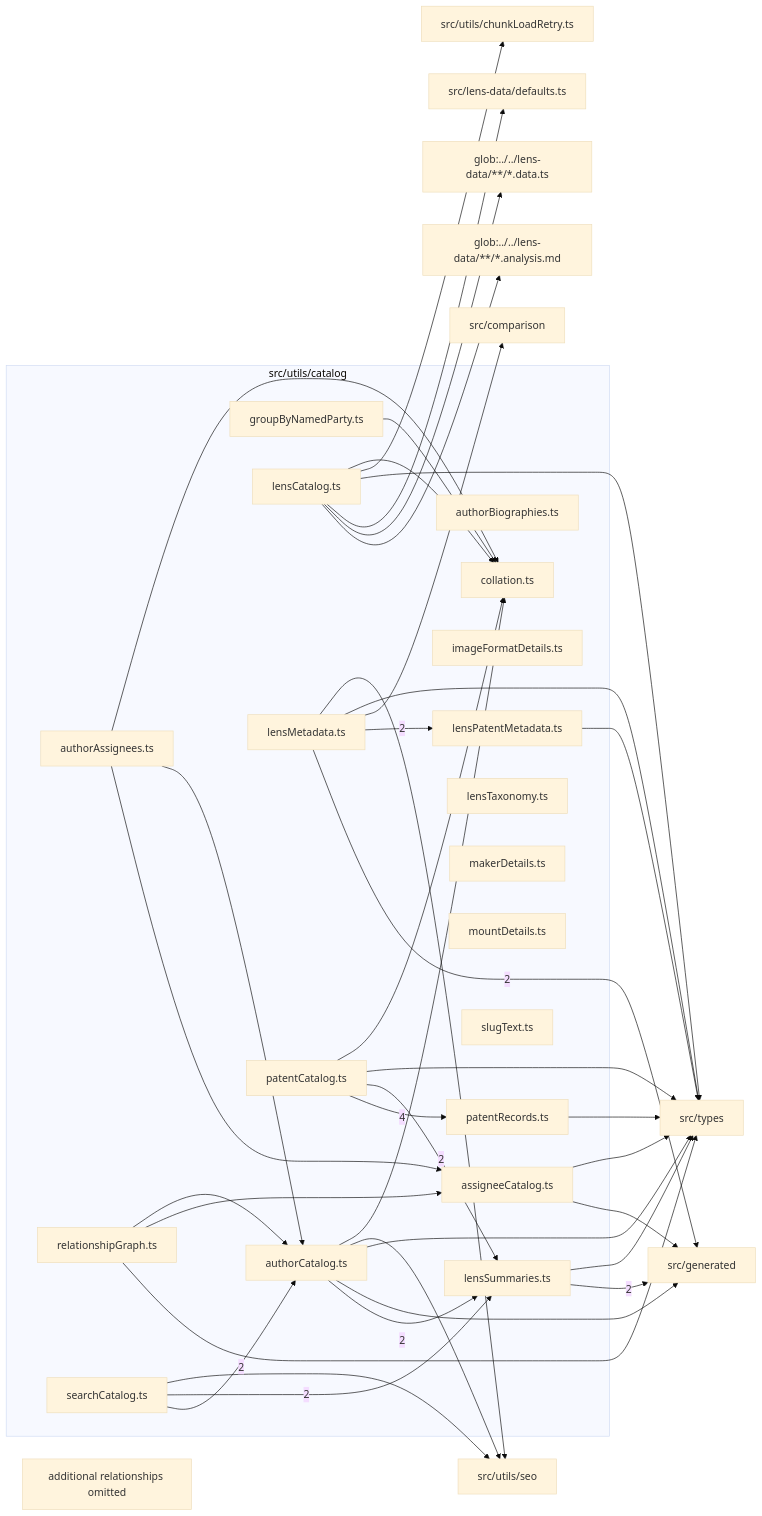
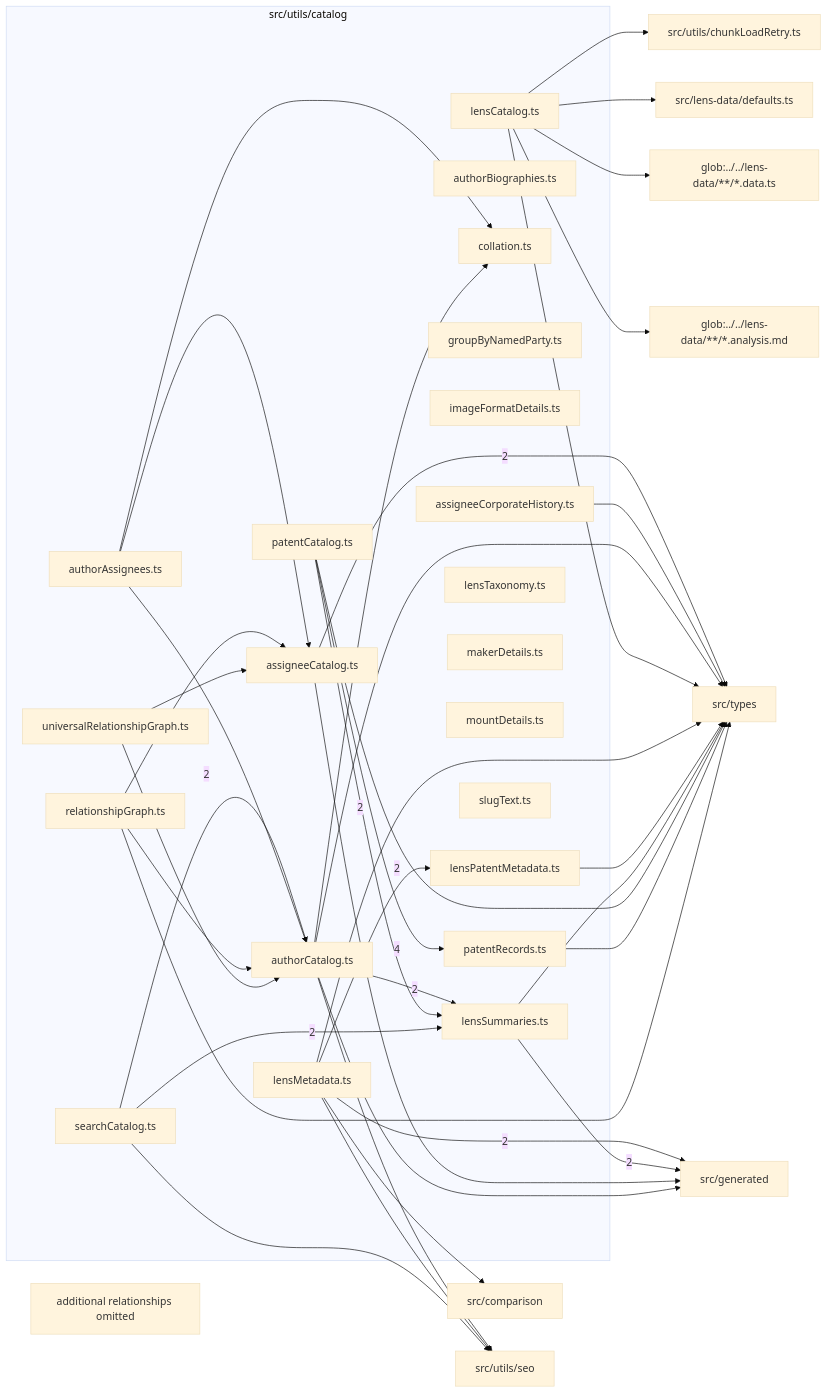
One commit to ronbuening/LensVisualizer changed the diagram in src/utils/catalog/readme.md. Above: the diagram before and after it, drawn with Mermaid (base theme). The commit also changed other lines of this file and 45 other files, not shown here.

First line of the commit message:
Add universal patent relationship map with corporate lineage (#653)

````diff
--- a/src/utils/catalog/readme.md
+++ b/src/utils/catalog/readme.md
@@ -9,69 +9,71 @@
 ```mermaid
 flowchart LR
   subgraph n_src_utils_catalog["src/utils/catalog"]
     n_src_utils_catalog_src_utils_catalog_assigneeCatalog_ts["assigneeCatalog.ts"]
+    n_src_utils_catalog_src_utils_catalog_assigneeCorporateHistory_ts["assigneeCorporateHistory.ts"]
     n_src_utils_catalog_src_utils_catalog_authorAssignees_ts["authorAssignees.ts"]
     n_src_utils_catalog_src_utils_catalog_authorBiographies_ts["authorBiographies.ts"]
     n_src_utils_catalog_src_utils_catalog_authorCatalog_ts["authorCatalog.ts"]
     n_src_utils_catalog_src_utils_catalog_collation_ts["collation.ts"]
     n_src_utils_catalog_src_utils_catalog_groupByNamedParty_ts["groupByNamedParty.ts"]
     n_src_utils_catalog_src_utils_catalog_imageFormatDetails_ts["imageFormatDetails.ts"]
     n_src_utils_catalog_src_utils_catalog_lensCatalog_ts["lensCatalog.ts"]
     n_src_utils_catalog_src_utils_catalog_lensMetadata_ts["lensMetadata.ts"]
     n_src_utils_catalog_src_utils_catalog_lensPatentMetadata_ts["lensPatentMetadata.ts"]
     n_src_utils_catalog_src_utils_catalog_lensSummaries_ts["lensSummaries.ts"]
     n_src_utils_catalog_src_utils_catalog_lensTaxonomy_ts["lensTaxonomy.ts"]
     n_src_utils_catalog_src_utils_catalog_makerDetails_ts["makerDetails.ts"]
     n_src_utils_catalog_src_utils_catalog_mountDetails_ts["mountDetails.ts"]
     n_src_utils_catalog_src_utils_catalog_patentCatalog_ts["patentCatalog.ts"]
     n_src_utils_catalog_src_utils_catalog_patentRecords_ts["patentRecords.ts"]
     n_src_utils_catalog_src_utils_catalog_relationshipGraph_ts["relationshipGraph.ts"]
     n_src_utils_catalog_src_utils_catalog_searchCatalog_ts["searchCatalog.ts"]
     n_src_utils_catalog_src_utils_catalog_slugText_ts["slugText.ts"]
+    n_src_utils_catalog_src_utils_catalog_universalRelationshipGraph_ts["universalRelationshipGraph.ts"]
   end
   n_external_src_generated["src/generated"]
+  n_external_src_types["src/types"]
   n_external_glob_______lens_data______analysis_md["glob:../../lens-data/**/*.analysis.md"]
   n_external_glob_______lens_data______data_ts["glob:../../lens-data/**/*.data.ts"]
   n_external_src_comparison["src/comparison"]
   n_external_src_lens_data_defaults_ts["src/lens-data/defaults.ts"]
-  n_external_src_types["src/types"]
   n_external_src_utils_chunkLoadRetry_ts["src/utils/chunkLoadRetry.ts"]
   n_external_src_utils_seo["src/utils/seo"]
   n_src_utils_catalog_src_utils_catalog_patentCatalog_ts --> |4| n_src_utils_catalog_src_utils_catalog_patentRecords_ts
   n_src_utils_catalog_src_utils_catalog_lensMetadata_ts --> |2| n_external_src_generated
   n_src_utils_catalog_src_utils_catalog_lensSummaries_ts --> |2| n_external_src_generated
+  n_src_utils_catalog_src_utils_catalog_assigneeCatalog_ts --> |2| n_external_src_types
   n_src_utils_catalog_src_utils_catalog_searchCatalog_ts --> |2| n_src_utils_catalog_src_utils_catalog_authorCatalog_ts
   n_src_utils_catalog_src_utils_catalog_lensMetadata_ts --> |2| n_src_utils_catalog_src_utils_catalog_lensPatentMetadata_ts
   n_src_utils_catalog_src_utils_catalog_authorCatalog_ts --> |2| n_src_utils_catalog_src_utils_catalog_lensSummaries_ts
   n_src_utils_catalog_src_utils_catalog_patentCatalog_ts --> |2| n_src_utils_catalog_src_utils_catalog_lensSummaries_ts
   n_src_utils_catalog_src_utils_catalog_searchCatalog_ts --> |2| n_src_utils_catalog_src_utils_catalog_lensSummaries_ts
   n_src_utils_catalog_src_utils_catalog_lensCatalog_ts --> n_external_glob_______lens_data______analysis_md
   n_src_utils_catalog_src_utils_catalog_lensCatalog_ts --> n_external_glob_______lens_data______data_ts
   n_src_utils_catalog_src_utils_catalog_lensMetadata_ts --> n_external_src_comparison
   n_src_utils_catalog_src_utils_catalog_assigneeCatalog_ts --> n_external_src_generated
   n_src_utils_catalog_src_utils_catalog_authorCatalog_ts --> n_external_src_generated
   n_src_utils_catalog_src_utils_catalog_lensCatalog_ts --> n_external_src_lens_data_defaults_ts
-  n_src_utils_catalog_src_utils_catalog_assigneeCatalog_ts --> n_external_src_types
+  n_src_utils_catalog_src_utils_catalog_assigneeCorporateHistory_ts --> n_external_src_types
   n_src_utils_catalog_src_utils_catalog_authorCatalog_ts --> n_external_src_types
   n_src_utils_catalog_src_utils_catalog_lensCatalog_ts --> n_external_src_types
   n_src_utils_catalog_src_utils_catalog_lensMetadata_ts --> n_external_src_types
   n_src_utils_catalog_src_utils_catalog_lensPatentMetadata_ts --> n_external_src_types
   n_src_utils_catalog_src_utils_catalog_lensSummaries_ts --> n_external_src_types
   n_src_utils_catalog_src_utils_catalog_patentCatalog_ts --> n_external_src_types
   n_src_utils_catalog_src_utils_catalog_patentRecords_ts --> n_external_src_types
   n_src_utils_catalog_src_utils_catalog_relationshipGraph_ts --> n_external_src_types
   n_src_utils_catalog_src_utils_catalog_lensCatalog_ts --> n_external_src_utils_chunkLoadRetry_ts
   n_src_utils_catalog_src_utils_catalog_authorCatalog_ts --> n_external_src_utils_seo
   n_src_utils_catalog_src_utils_catalog_lensMetadata_ts --> n_external_src_utils_seo
   n_src_utils_catalog_src_utils_catalog_searchCatalog_ts --> n_external_src_utils_seo
   n_src_utils_catalog_src_utils_catalog_authorAssignees_ts --> n_src_utils_catalog_src_utils_catalog_assigneeCatalog_ts
   n_src_utils_catalog_src_utils_catalog_relationshipGraph_ts --> n_src_utils_catalog_src_utils_catalog_assigneeCatalog_ts
+  n_src_utils_catalog_src_utils_catalog_universalRelationshipGraph_ts --> n_src_utils_catalog_src_utils_catalog_assigneeCatalog_ts
   n_src_utils_catalog_src_utils_catalog_authorAssignees_ts --> n_src_utils_catalog_src_utils_catalog_authorCatalog_ts
   n_src_utils_catalog_src_utils_catalog_relationshipGraph_ts --> n_src_utils_catalog_src_utils_catalog_authorCatalog_ts
+  n_src_utils_catalog_src_utils_catalog_universalRelationshipGraph_ts --> n_src_utils_catalog_src_utils_catalog_authorCatalog_ts
   n_src_utils_catalog_src_utils_catalog_authorAssignees_ts --> n_src_utils_catalog_src_utils_catalog_collation_ts
   n_src_utils_catalog_src_utils_catalog_authorCatalog_ts --> n_src_utils_catalog_src_utils_catalog_collation_ts
-  n_src_utils_catalog_src_utils_catalog_groupByNamedParty_ts --> n_src_utils_catalog_src_utils_catalog_collation_ts
-  n_src_utils_catalog_src_utils_catalog_lensCatalog_ts --> n_src_utils_catalog_src_utils_catalog_collation_ts
-  n_src_utils_catalog_src_utils_catalog_patentCatalog_ts --> n_src_utils_catalog_src_utils_catalog_collation_ts
   n_src_utils_catalog_truncated["additional relationships omitted"]
 ```
````
